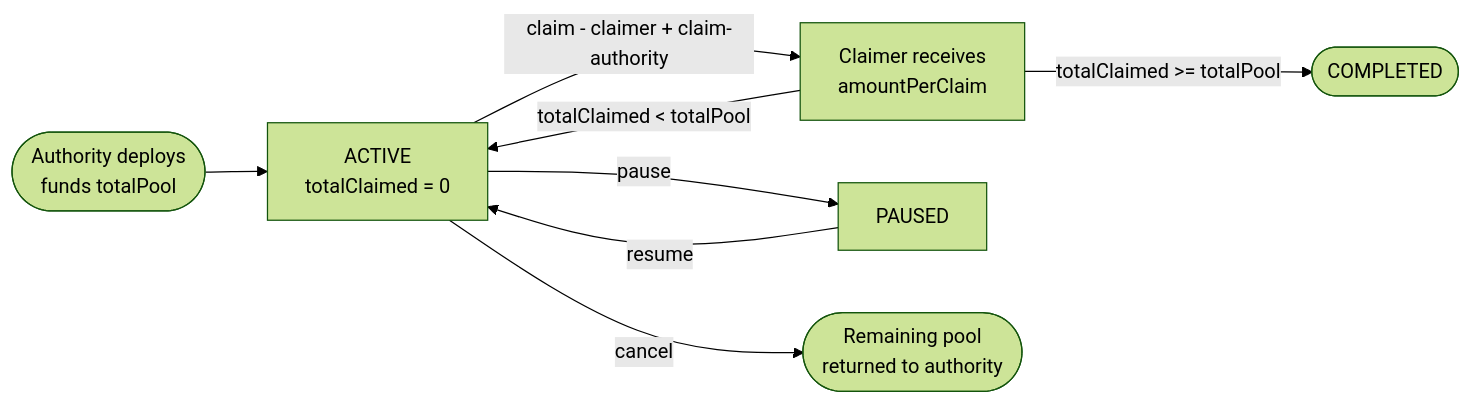
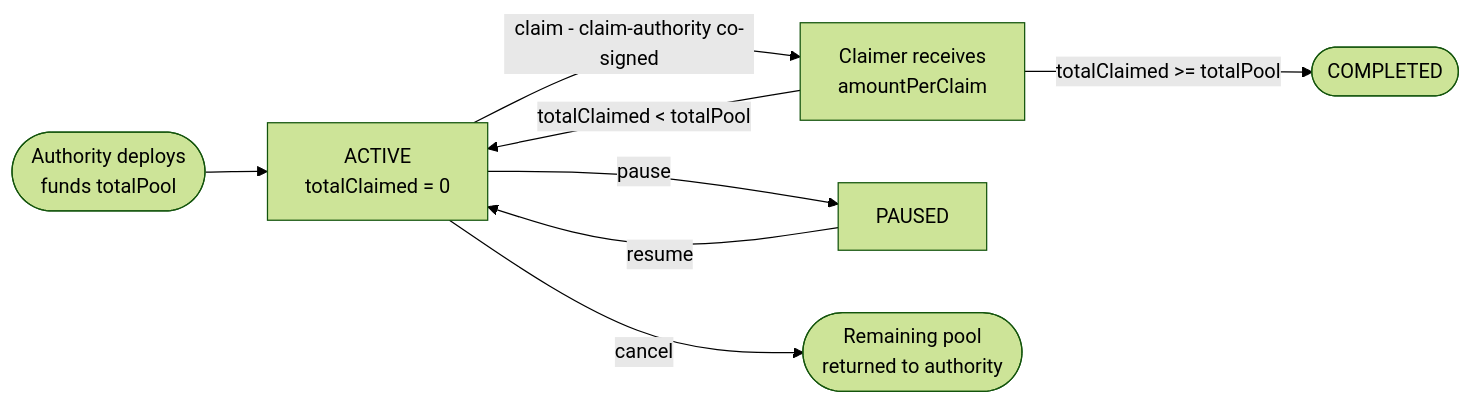
The diagram in docs/concepts/airdrops.mdx (flowguardlabs/flow-guard), drawn with Mermaid (forest theme) before and after one commit. The commit also changed other lines of this file and 44 other files, not shown here.

````diff
--- a/docs/concepts/airdrops.mdx
+++ b/docs/concepts/airdrops.mdx
@@ -17,10 +17,10 @@
 ```mermaid
 flowchart LR
     A([Authority deploys\nfunds totalPool]) --> B[ACTIVE\ntotalClaimed = 0]
-    B  -->|claim - claimer + claim-authority| C[Claimer receives\namountPerClaim]
+    B  -->|claim - claim-authority co-signed| C[Claimer receives\namountPerClaim]
     C  -->|totalClaimed < totalPool| B
     C  -->|totalClaimed >= totalPool| D([COMPLETED])
     B  -->|pause| E[PAUSED]
     E  -->|resume| B
     B  -->|cancel| F([Remaining pool\nreturned to authority])
 ```
````
